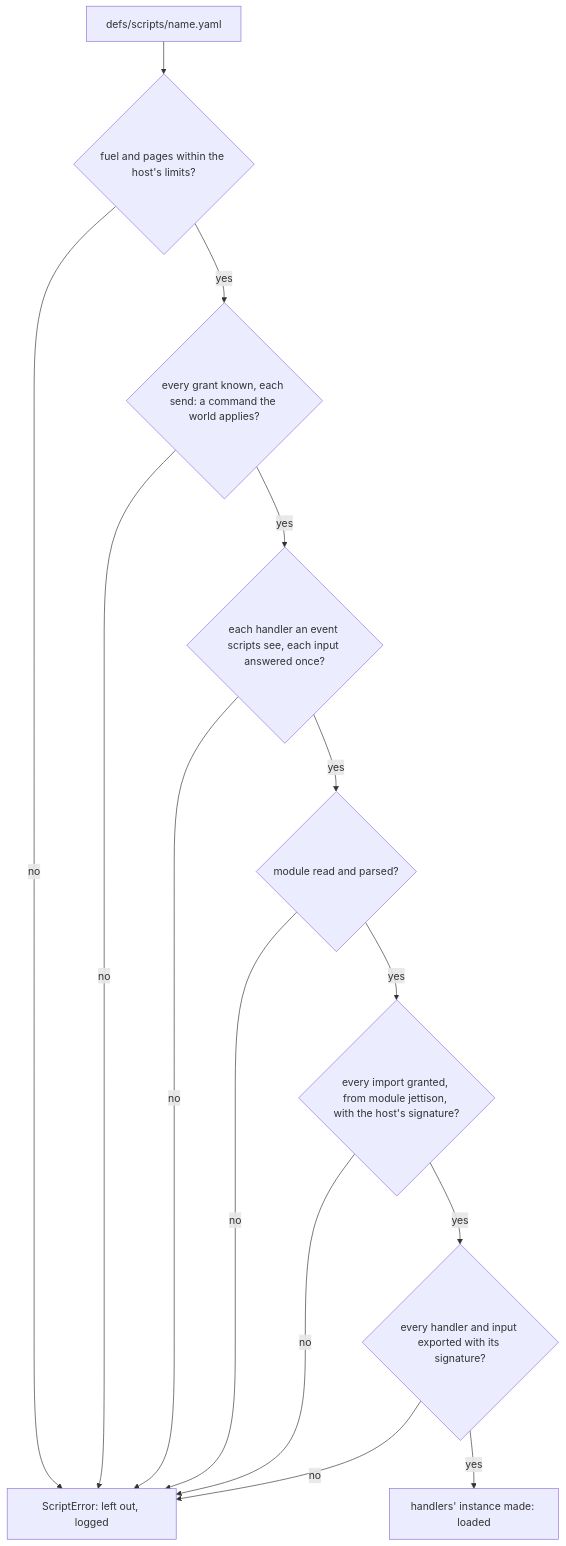
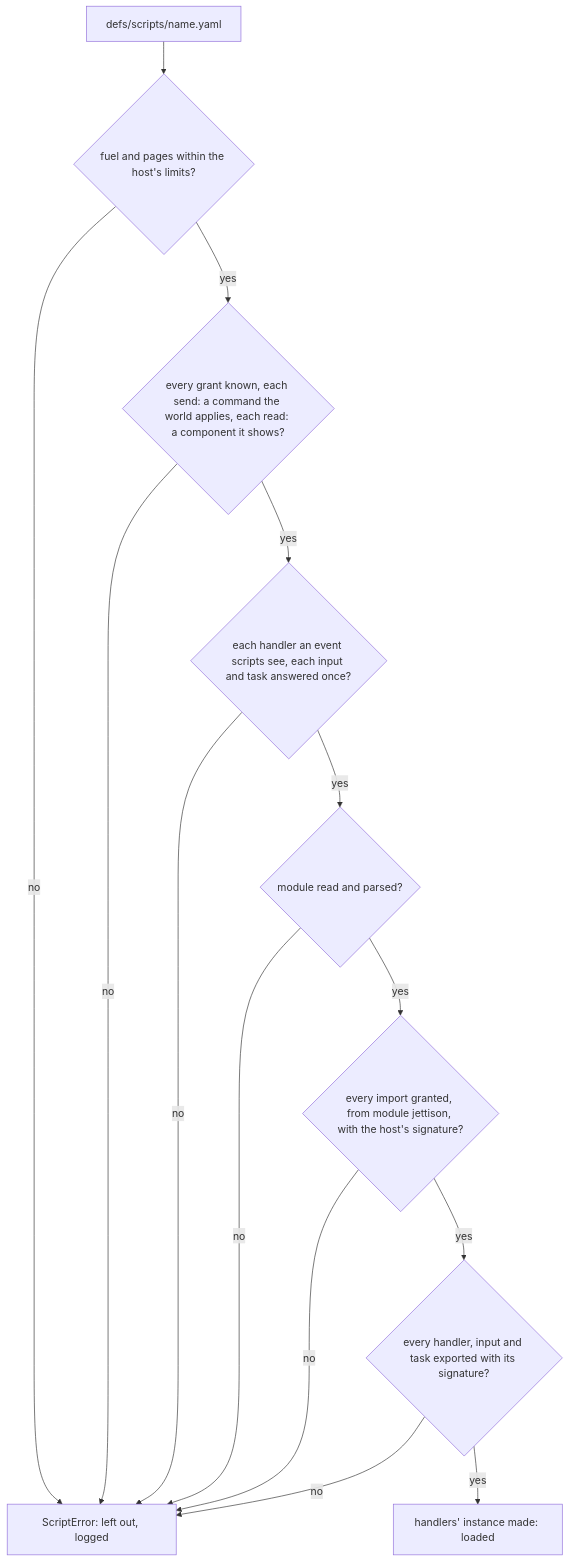
One commit to ivanhawkes/jettison changed the first of 3 diagrams in docs/scripts.md. Above: the diagram before and after it, drawn with Mermaid. The commit also changed other lines of this file and 10 other files, not shown here.

````diff
--- a/docs/scripts.md
+++ b/docs/scripts.md
@@ -217,16 +218,16 @@
 ```mermaid
 flowchart TD
     D[defs/scripts/name.yaml] --> L{fuel and pages within the host's limits?}
     L -- no --> X[ScriptError: left out, logged]
-    L -- yes --> G{every grant known, each send: a command the world applies?}
+    L -- yes --> G{every grant known, each send: a command the world applies, each read: a component it shows?}
     G -- no --> X
-    G -- yes --> H{each handler an event scripts see, each input answered once?}
+    G -- yes --> H{each handler an event scripts see, each input and task answered once?}
     H -- no --> X
     H -- yes --> M{module read and parsed?}
     M -- no --> X
     M -- yes --> I{every import granted, from module jettison, with the host's signature?}
     I -- no --> X
-    I -- yes --> E{every handler and input exported with its signature?}
+    I -- yes --> E{every handler, input and task exported with its signature?}
     E -- no --> X
     E -- yes --> N[handlers' instance made: loaded]
 ```
````
